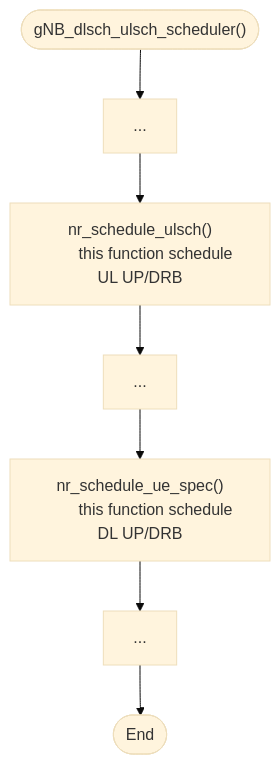
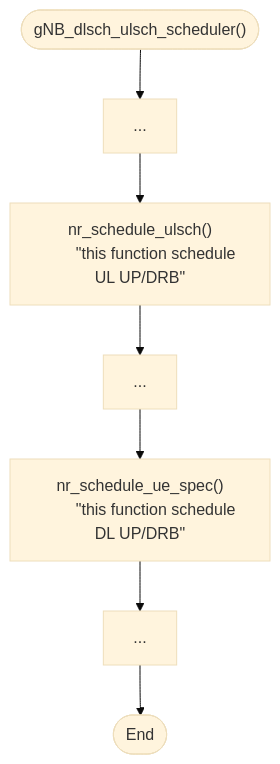
The diagram in studyNotes/20241108 Study Note (NEU ORANSlice MAC SCH details).md (bmw-ece-ntust/guideline-template), drawn with Mermaid (base theme) before and after one commit.

Commit message:
update note

````diff
--- a/studyNotes/20241108 Study Note (NEU ORANSlice MAC SCH details).md
+++ b/studyNotes/20241108 Study Note (NEU ORANSlice MAC SCH details).md
@@ -67,13 +67,13 @@
 ```mermaid
 flowchart TD
 	A(["gNB_dlsch_ulsch_scheduler()"])
 	G([End])
 	B[...]
 	C["nr_schedule_ulsch()
-	this function schedule UL UP/DRB"]
+	#quot;this function schedule UL UP/DRB#quot;"]
 	D[...]
 	E["nr_schedule_ue_spec()
-	this function schedule DL UP/DRB"]
+	#quot;this function schedule DL UP/DRB#quot;"]
 	F[...]
 	A-->B-->C-->D-->E-->F-->G
 ```
````
